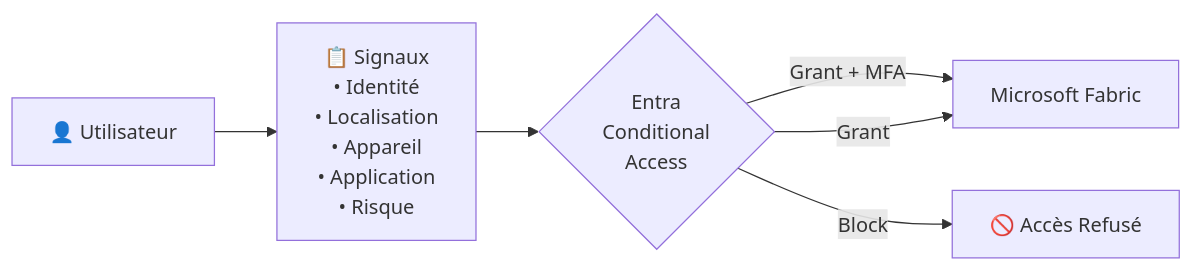
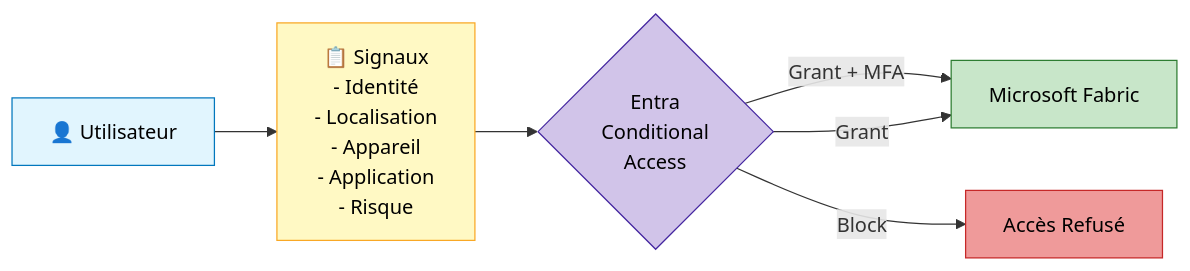
The third of 12 diagrams in Fabric_Network_Security.md (fredgis/fabric-foundry-kb), drawn with Mermaid before and after one commit. The commit also changed other lines of this file and 1 other file, not shown here.

First line of the commit message:
Add colors to all 12 Mermaid diagrams in Fabric Network Security

````diff
--- a/Fabric_Network_Security.md
+++ b/Fabric_Network_Security.md
@@ -127,8 +160,14 @@
 ```mermaid
 flowchart LR
-    User["👤 Utilisateur"] --> Signals["📋 Signaux\n• Identité\n• Localisation\n• Appareil\n• Application\n• Risque"]
+    User["👤 Utilisateur"] --> Signals["📋 Signaux\n- Identité\n- Localisation\n- Appareil\n- Application\n- Risque"]
     Signals --> Decision{"Entra\nConditional\nAccess"}
     Decision -->|Grant + MFA| Fabric["Microsoft Fabric"]
     Decision -->|Grant| Fabric
-    Decision -->|Block| Blocked["🚫 Accès Refusé"]
+    Decision -->|Block| Blocked["Accès Refusé"]
+
+    style User fill:#e1f5fe,stroke:#0277bd,color:#000
+    style Signals fill:#fff9c4,stroke:#f9a825,color:#000
+    style Decision fill:#d1c4e9,stroke:#4527a0,color:#000
+    style Fabric fill:#c8e6c9,stroke:#2e7d32,color:#000
+    style Blocked fill:#ef9a9a,stroke:#c62828,color:#000
 ```
````
